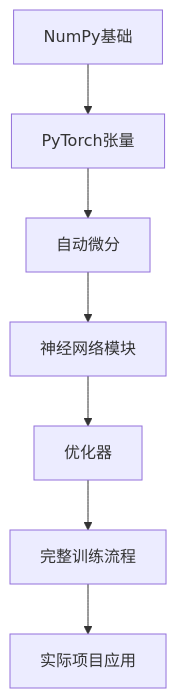
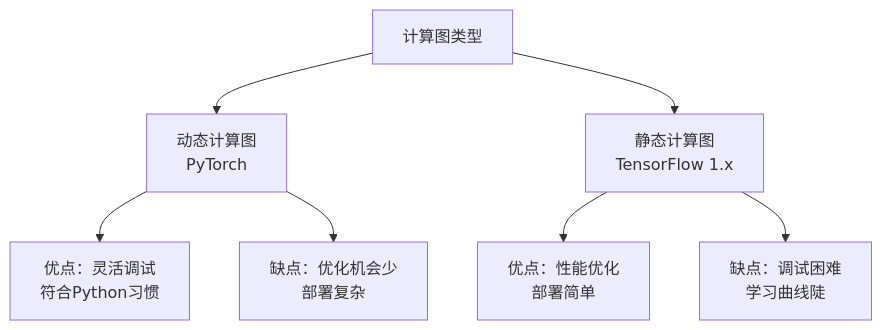
One commit to ulink-deep-learning-club/ulink-deeplearningclub-handouts changed the first of 3 diagrams in source/pytorch-practice/introduction.md. Above: the diagram before and after it, drawn with Mermaid. The commit also changed other lines of this file and 11 other files, not shown here.

````diff
--- a/source/pytorch-practice/introduction.md
+++ b/source/pytorch-practice/introduction.md
@@ -33,9 +54,11 @@
 ```{mermaid}
 flowchart TD
-    A[NumPy基础] --> B[PyTorch张量]
-    B --> C[自动微分]
-    C --> D[神经网络模块]
-    D --> E[优化器]
-    E --> F[完整训练流程]
-    F --> G[实际项目应用]
+    A[计算图类型] --> B[动态计算图<br/>PyTorch]
+    A --> C[静态计算图<br/>TensorFlow 1.x]
+    
+    B --> D[优点：灵活调试<br/>符合Python习惯]
+    B --> E[缺点：优化机会少<br/>部署复杂]
+    
+    C --> F[优点：性能优化<br/>部署简单]
+    C --> G[缺点：调试困难<br/>学习曲线陡]
 ```
````
